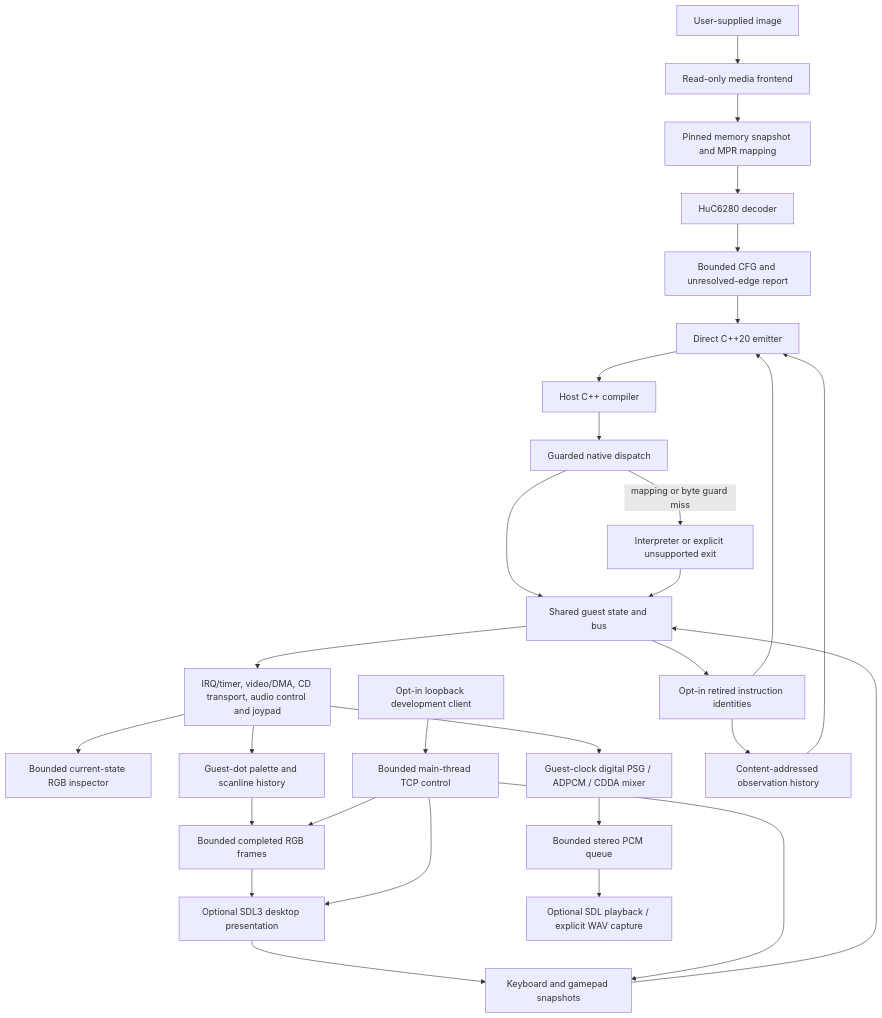
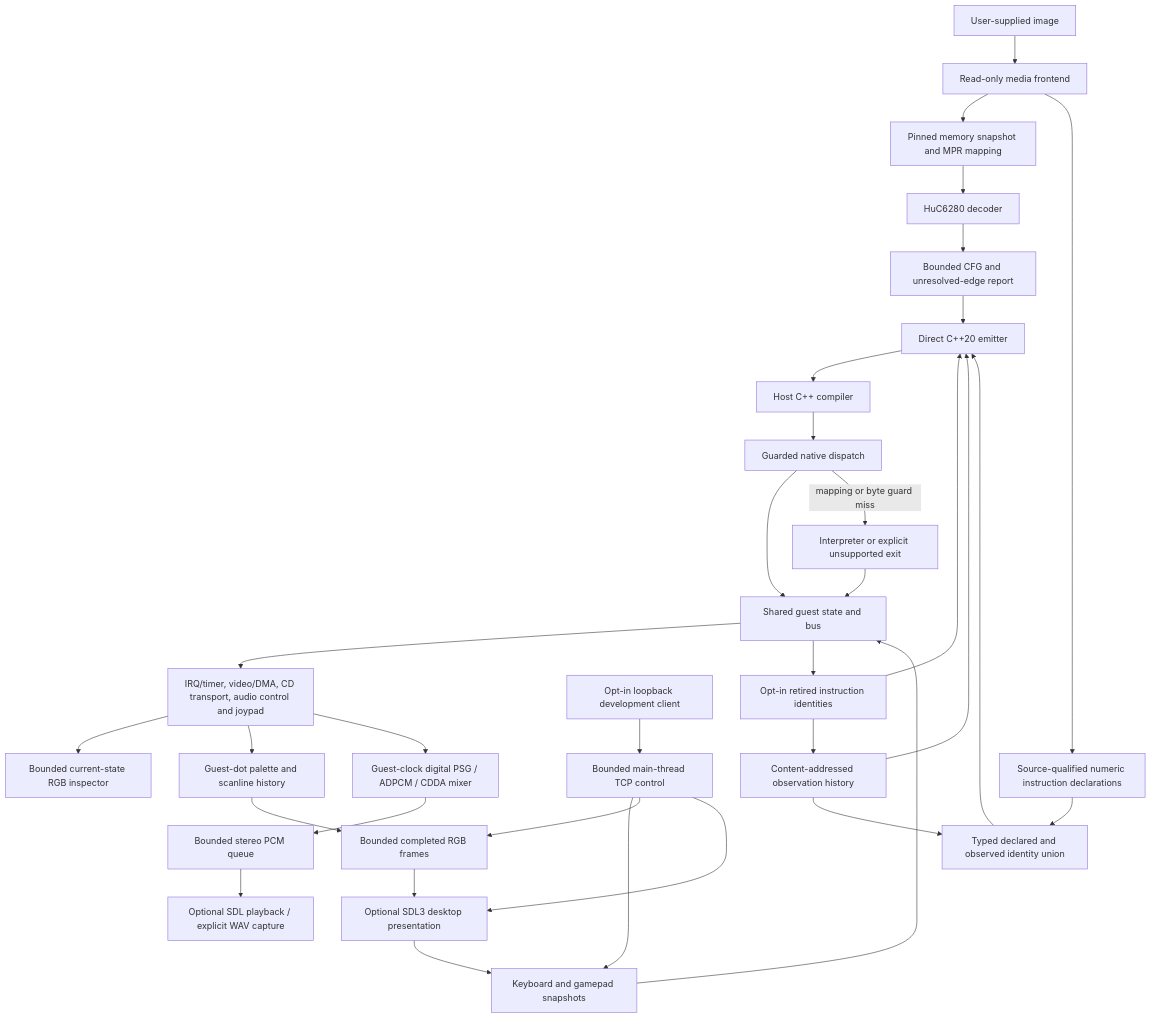
One commit to rages4calm/pcenginerecomp changed the diagram in docs/ARCHITECTURE.md. Above: the diagram before and after it, drawn with Mermaid. The commit also changed other lines of this file and 11 other files, not shown here.

````diff
--- a/docs/ARCHITECTURE.md
+++ b/docs/ARCHITECTURE.md
@@ -11,31 +27,35 @@
 ```mermaid
 flowchart TD
   Image[User-supplied image] --> Media[Read-only media frontend]
   Media --> Snapshot[Pinned memory snapshot and MPR mapping]
   Snapshot --> Decode[HuC6280 decoder]
   Decode --> CFG[Bounded CFG and unresolved-edge report]
   CFG --> Emit[Direct C++20 emitter]
   Emit --> Compiler[Host C++ compiler]
   Compiler --> Native[Guarded native dispatch]
   Native --> Bus[Shared guest state and bus]
   Native -->|mapping or byte guard miss| Fallback[Interpreter or explicit unsupported exit]
   Fallback --> Bus
   Bus --> Profiles[IRQ/timer, video/DMA, CD transport, audio control and joypad]
   Profiles --> Inspect[Bounded current-state RGB inspector]
   Profiles --> Video[Guest-dot palette and scanline history]
   Video --> Frames[Bounded completed RGB frames]
   Frames --> Host[Optional SDL3 desktop presentation]
   Host --> Input[Keyboard and gamepad snapshots]
   Input --> Bus
   Dev[Opt-in loopback development client] --> Control[Bounded main-thread TCP control]
   Control --> Input
   Control --> Frames
   Control --> Host
   Profiles --> Audio[Guest-clock digital PSG / ADPCM / CDDA mixer]
   Audio --> AudioQueue[Bounded stereo PCM queue]
   AudioQueue --> AudioHost[Optional SDL playback / explicit WAV capture]
   Bus --> Capture[Opt-in retired instruction identities]
   Capture --> Emit
   Capture --> History[Content-addressed observation history]
   History --> Emit
+  Media --> Roots[Source-qualified numeric instruction declarations]
+  Roots --> Union[Typed declared and observed identity union]
+  History --> Union
+  Union --> Emit
 ```
````
